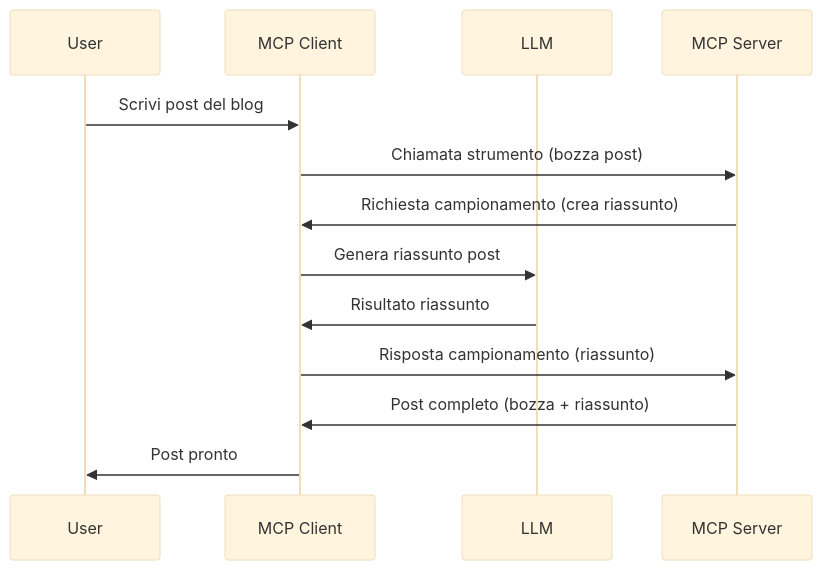
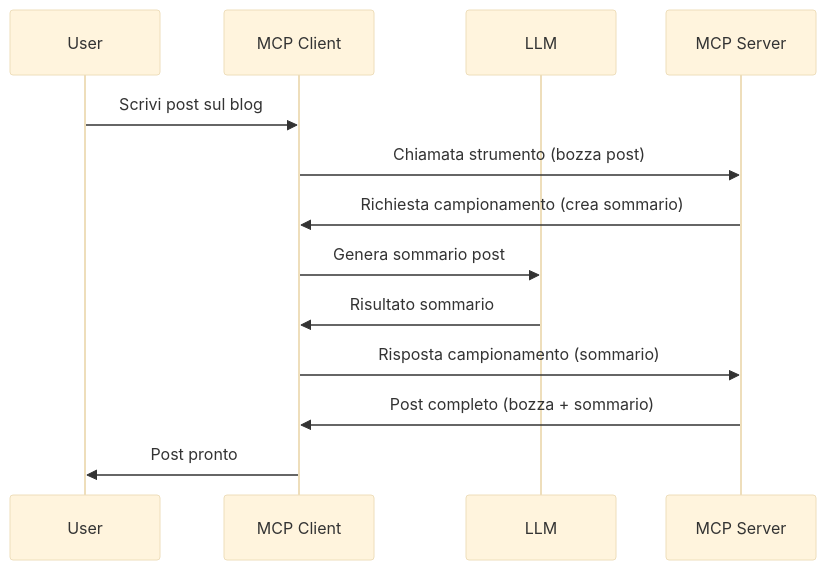
One commit to HIDORAKAI002/ai-workspace-archive changed the diagram in mcp_ecosystem__model_context_protocol/mcp_learning_resources/mcp-for-beginners/translations/it/03-GettingStarted/14-sampling/README.md. Above: the diagram before and after it, drawn with Mermaid (base theme). The commit also changed other lines of this file and 1539 other files, not shown here.

````diff
--- a/mcp_ecosystem__model_context_protocol/mcp_learning_resources/mcp-for-beginners/translations/it/03-GettingStarted/14-sampling/README.md
+++ b/mcp_ecosystem__model_context_protocol/mcp_learning_resources/mcp-for-beginners/translations/it/03-GettingStarted/14-sampling/README.md
@@ -23,16 +23,16 @@
 ```mermaid
 sequenceDiagram
     participant User
     participant MCP Client
     participant LLM
     participant MCP Server
 
-    User->>MCP Client: Scrivi post del blog
+    User->>MCP Client: Scrivi post sul blog
     MCP Client->>MCP Server: Chiamata strumento (bozza post)
-    MCP Server->>MCP Client: Richiesta campionamento (crea riassunto)
-    MCP Client->>LLM: Genera riassunto post
-    LLM->>MCP Client: Risultato riassunto
-    MCP Client->>MCP Server: Risposta campionamento (riassunto)
-    MCP Server->>MCP Client: Post completo (bozza + riassunto)
+    MCP Server->>MCP Client: Richiesta campionamento (crea sommario)
+    MCP Client->>LLM: Genera sommario post
+    LLM->>MCP Client: Risultato sommario
+    MCP Client->>MCP Server: Risposta campionamento (sommario)
+    MCP Server->>MCP Client: Post completo (bozza + sommario)
     MCP Client->>User: Post pronto
 ```
````
